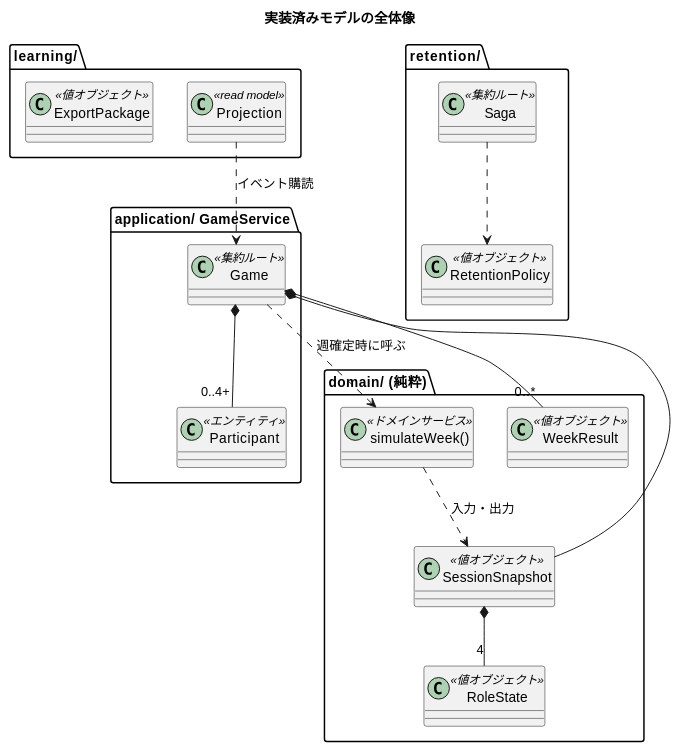
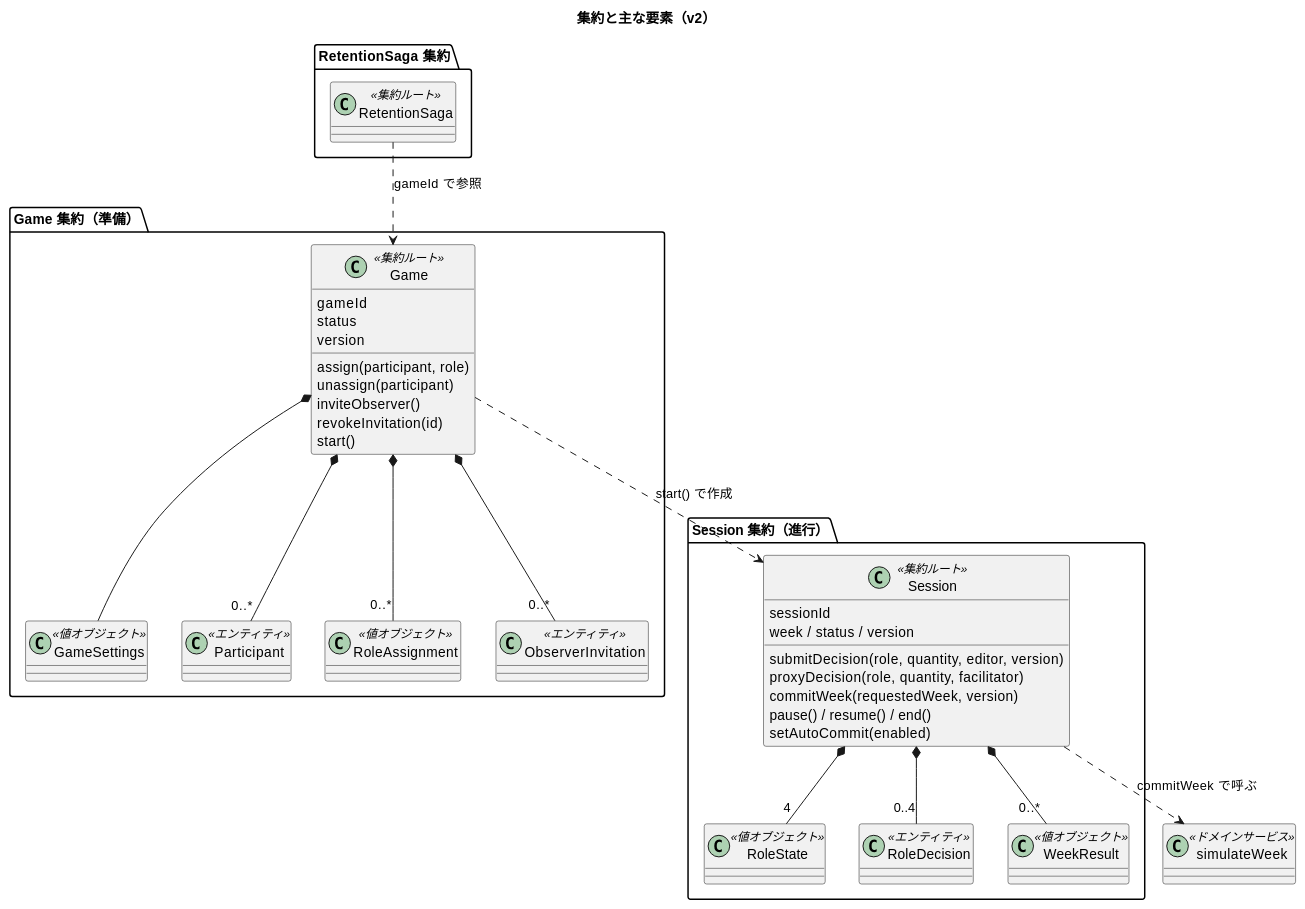
The third of 5 diagrams in docs/design/beer-game2/domain-model.md (k2works/case-study-beer-game-simulation), drawn with PlantUML before and after one commit. The commit also changed other lines of this file and 2 other files, not shown here.

First line of the commit message:
docs(beer-game2): ドメインモデルを v2 に改訂

````diff
--- a/docs/design/beer-game2/domain-model.md
+++ b/docs/design/beer-game2/domain-model.md
@@ -119,36 +136,54 @@
 ```plantuml
 @startuml
-title 実装済みモデルの全体像
+title 集約と主な要素（v2）
 
-package "domain/ (純粋)" {
-  class "simulateWeek()" as SW <<ドメインサービス>>
-  class SessionSnapshot <<値オブジェクト>>
-  class RoleState <<値オブジェクト>>
-  class WeekResult <<値オブジェクト>>
+package "Game 集約（準備）" {
+  class Game <<集約ルート>> {
+    gameId
+    status
+    version
+    assign(participant, role)
+    unassign(participant)
+    inviteObserver()
+    revokeInvitation(id)
+    start()
+  }
+  class GameSettings <<値オブジェクト>>
+  class Participant <<エンティティ>>
+  class RoleAssignment <<値オブジェクト>>
+  class ObserverInvitation <<エンティティ>>
+  Game *-- GameSettings
+  Game *-- "0..*" Participant
+  Game *-- "0..*" RoleAssignment
+  Game *-- "0..*" ObserverInvitation
 }
 
-package "application/ GameService" {
-  class Game <<集約ルート>>
-  class Participant <<エンティティ>>
+package "Session 集約（進行）" {
+  class Session <<集約ルート>> {
+    sessionId
+    week / status / version
+    submitDecision(role, quantity, editor, version)
+    proxyDecision(role, quantity, facilitator)
+    commitWeek(requestedWeek, version)
+    pause() / resume() / end()
+    setAutoCommit(enabled)
+  }
+  class RoleState <<値オブジェクト>>
+  class RoleDecision <<エンティティ>>
+  class WeekResult <<値オブジェクト>>
+  Session *-- "4" RoleState
+  Session *-- "0..4" RoleDecision
+  Session *-- "0..*" WeekResult
 }
 
-package "learning/" {
-  class Projection <<read model>>
-  class ExportPackage <<値オブジェクト>>
+package "RetentionSaga 集約" {
+  class RetentionSaga <<集約ルート>>
 }
 
-package "retention/" {
-  class RetentionPolicy <<値オブジェクト>>
-  class Saga <<集約ルート>>
-}
+class "simulateWeek" as SW <<ドメインサービス>>
 
-Game *-- SessionSnapshot
-Game *-- "0..4+" Participant
-Game *-- "0..*" WeekResult
-SessionSnapshot *-- "4" RoleState
-SW ..> SessionSnapshot : 入力・出力
-Game ..> SW : 週確定時に呼ぶ
-Projection ..> Game : イベント購読
-Saga ..> RetentionPolicy
+Game ..> Session : start() で作成
+Session ..> SW : commitWeek で呼ぶ
+RetentionSaga ..> Game : gameId で参照
 @enduml
 ```
````
